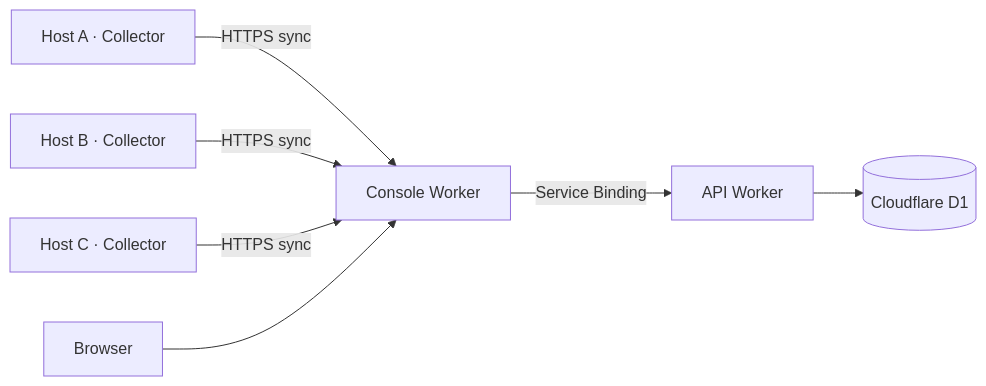
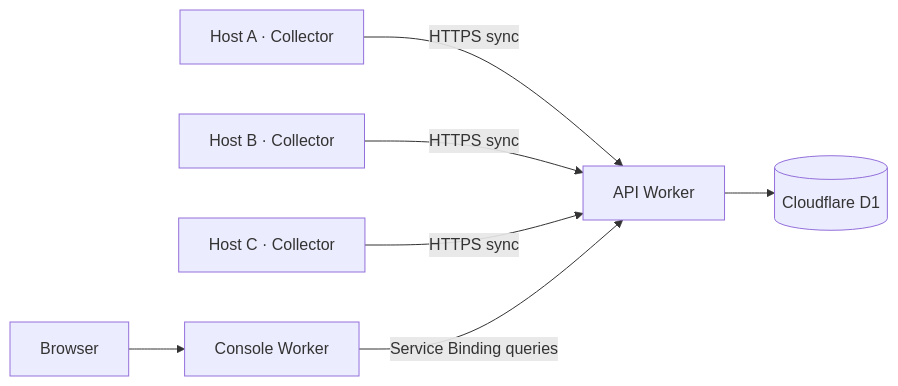
The diagram in README.md (HSwift/tokscale-serverless), drawn with Mermaid before and after one commit. The commit also changed other lines of this file and 9 other files, not shown here.

Commit message:
fix: configure collector API URL at console build time

````diff
--- a/README.md
+++ b/README.md
@@ -23,9 +23,9 @@
 ```mermaid
 flowchart LR
-    A[Host A · Collector] -->|HTTPS sync| Console[Console Worker]
-    B[Host B · Collector] -->|HTTPS sync| Console
-    C[Host C · Collector] -->|HTTPS sync| Console
+    A[Host A · Collector] -->|HTTPS sync| API[API Worker]
+    B[Host B · Collector] -->|HTTPS sync| API
+    C[Host C · Collector] -->|HTTPS sync| API
     API --> DB[(Cloudflare D1)]
-    Browser[Browser] --> Console
-    Console -->|Service Binding| API[API Worker]
+    Browser[Browser] --> Console[Console Worker]
+    Console -->|Service Binding queries| API
 ```
````
